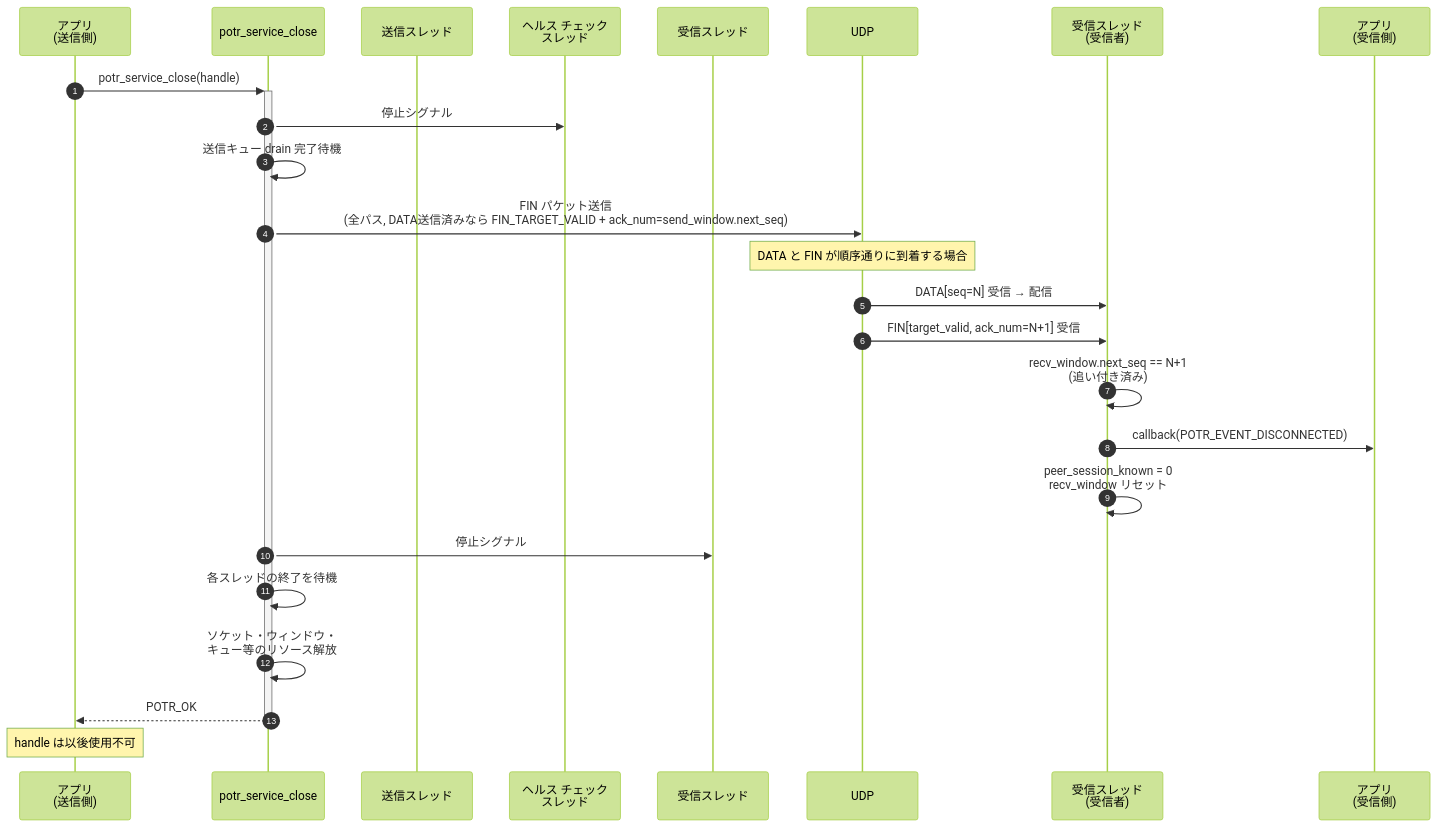
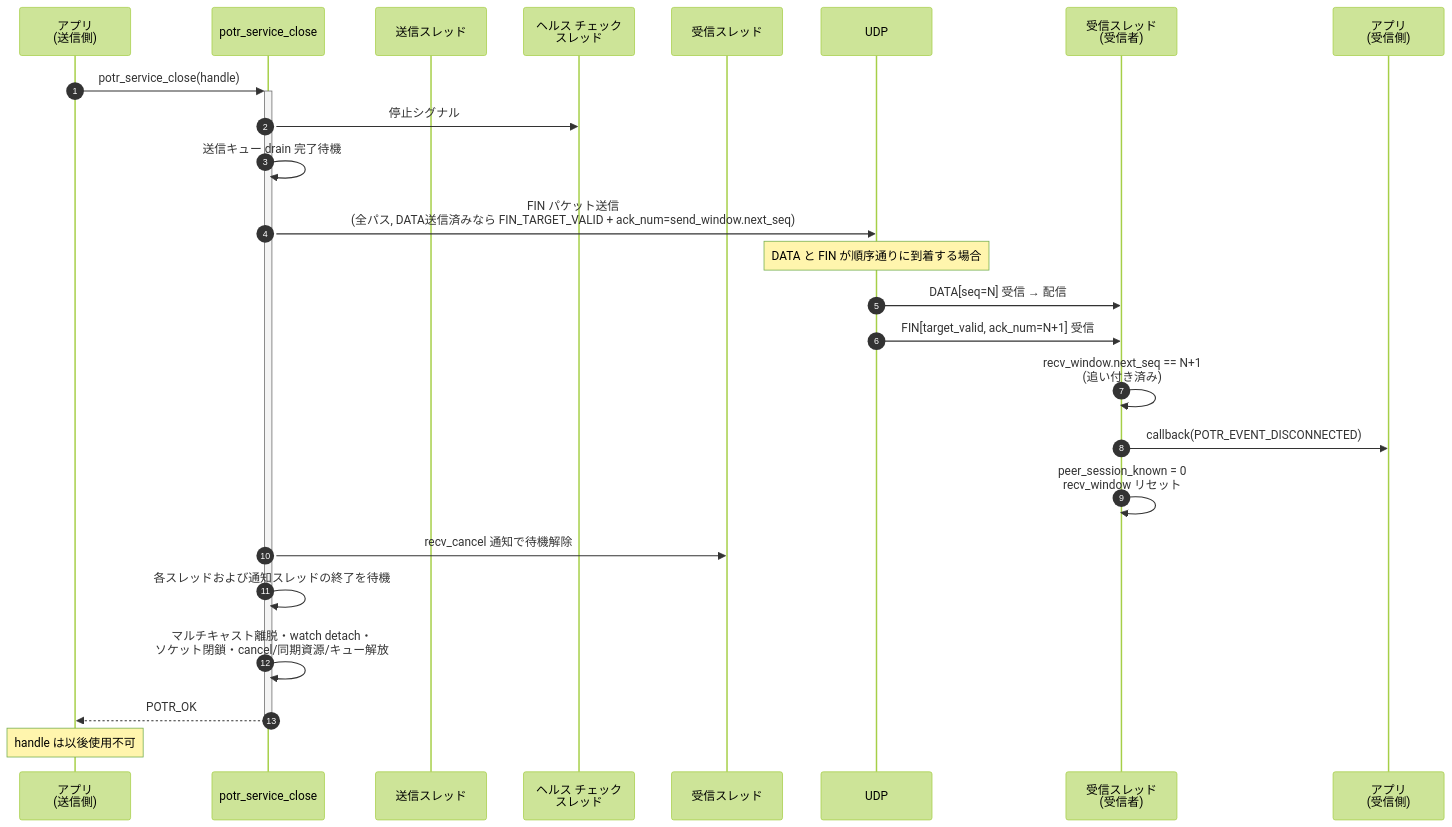
One commit to Hondarer/app_porter changed the third of 6 diagrams in docs/sequence-lifecycle.md. Above: the diagram before and after it, drawn with Mermaid (forest theme). The commit also changed other lines of this file and 98 other files, not shown here.

````diff
--- a/docs/sequence-lifecycle.md
+++ b/docs/sequence-lifecycle.md
@@ -72,35 +72,35 @@
 ```mermaid
 sequenceDiagram
     autonumber
     participant SAPP as アプリ<br>(送信側)
     participant CLOSE as potr_service_close
     participant ST as 送信スレッド
     participant HT as ヘルス チェック<br>スレッド
     participant RT as 受信スレッド
     participant UDP as UDP
     participant RRT as 受信スレッド<br>(受信者)
     participant RAPP as アプリ<br>(受信側)
 
     SAPP->>+CLOSE: potr_service_close(handle)
 
     CLOSE->>HT: 停止シグナル
     CLOSE->>CLOSE: 送信キュー drain 完了待機
 
     CLOSE->>UDP: FIN パケット送信<br>(全パス, DATA送信済みなら FIN_TARGET_VALID + ack_num=send_window.next_seq)
 
     Note over UDP: DATA と FIN が順序通りに到着する場合
     UDP->>RRT: DATA[seq=N] 受信 → 配信
     UDP->>RRT: FIN[target_valid, ack_num=N+1] 受信
     RRT->>RRT: recv_window.next_seq == N+1<br>(追い付き済み)
     RRT->>RAPP: callback(POTR_EVENT_DISCONNECTED)
     RRT->>RRT: peer_session_known = 0<br>recv_window リセット
 
-    CLOSE->>RT: 停止シグナル
+    CLOSE->>RT: recv_cancel 通知で待機解除
 
-    CLOSE->>CLOSE: 各スレッドの終了を待機
-    CLOSE->>CLOSE: ソケット・ウィンドウ・<br>キュー等のリソース解放
+    CLOSE->>CLOSE: 各スレッドおよび通知スレッドの終了を待機
+    CLOSE->>CLOSE: マルチキャスト離脱・watch detach・<br>ソケット閉鎖・cancel/同期資源/キュー解放
 
     CLOSE-->>-SAPP: POTR_OK
 
     Note over SAPP: handle は以後使用不可
 ```
````
